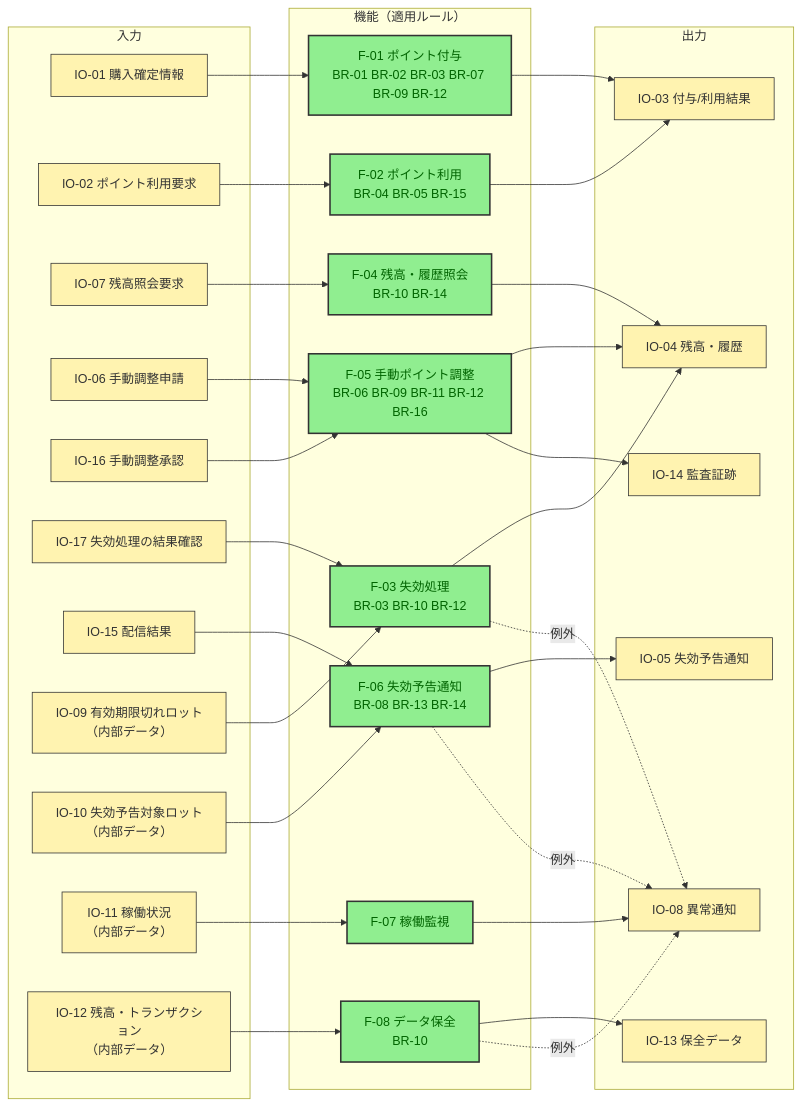
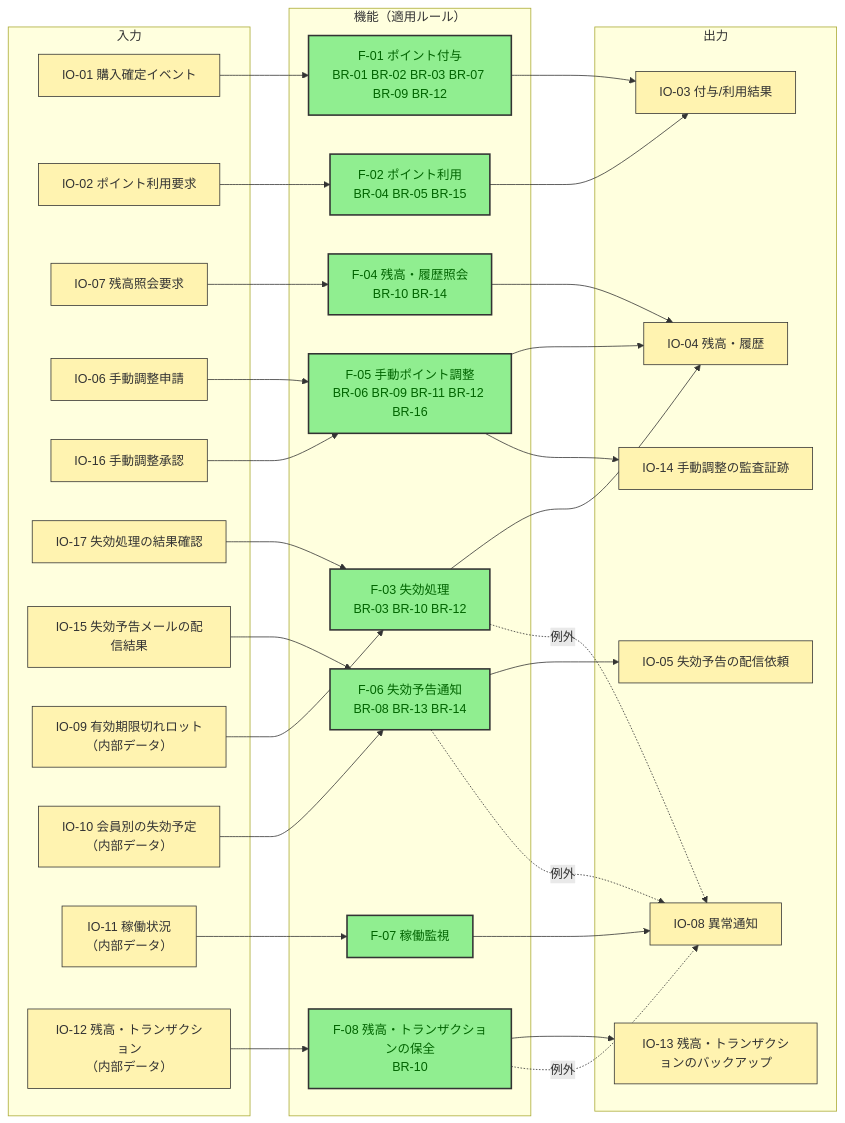
One commit to kasiopeiya/claude-dev-template changed the eighth of 13 diagrams in samples/docs/requirements.md. Above: the diagram before and after it, drawn with Mermaid. The commit also changed other lines of this file, not shown here.

````diff
--- a/samples/docs/requirements.md
+++ b/samples/docs/requirements.md
@@ -877,58 +877,58 @@
 ```mermaid
 flowchart LR
     subgraph IN["入力"]
-        io1["IO-01 購入確定情報"]
+        io1["IO-01 購入確定イベント"]
         io2["IO-02 ポイント利用要求"]
         io7["IO-07 残高照会要求"]
         io6["IO-06 手動調整申請"]
         io16["IO-16 手動調整承認"]
         io17["IO-17 失効処理の結果確認"]
-        io15["IO-15 配信結果"]
+        io15["IO-15 失効予告メールの配信結果"]
         d1["IO-09 有効期限切れロット<br/>（内部データ）"]
-        d2["IO-10 失効予告対象ロット<br/>（内部データ）"]
+        d2["IO-10 会員別の失効予定<br/>（内部データ）"]
         d3["IO-11 稼働状況<br/>（内部データ）"]
         d4["IO-12 残高・トランザクション<br/>（内部データ）"]
     end
 
     subgraph FUNC["機能（適用ルール）"]
         f1["F-01 ポイント付与<br/>BR-01 BR-02 BR-03 BR-07 BR-09 BR-12"]
         f2["F-02 ポイント利用<br/>BR-04 BR-05 BR-15"]
         f4["F-04 残高・履歴照会<br/>BR-10 BR-14"]
         f5["F-05 手動ポイント調整<br/>BR-06 BR-09 BR-11 BR-12 BR-16"]
         f3["F-03 失効処理<br/>BR-03 BR-10 BR-12"]
         f6["F-06 失効予告通知<br/>BR-08 BR-13 BR-14"]
         f7["F-07 稼働監視"]
-        f8["F-08 データ保全<br/>BR-10"]
+        f8["F-08 残高・トランザクションの保全<br/>BR-10"]
     end
 
     subgraph OUT["出力"]
         io3["IO-03 付与/利用結果"]
         io4["IO-04 残高・履歴"]
-        io5["IO-05 失効予告通知"]
+        io5["IO-05 失効予告の配信依頼"]
         io8["IO-08 異常通知"]
-        io13["IO-13 保全データ"]
-        io14["IO-14 監査証跡"]
+        io13["IO-13 残高・トランザクションのバックアップ"]
+        io14["IO-14 手動調整の監査証跡"]
     end
 
     io1 --> f1 --> io3
     io2 --> f2 --> io3
     io7 --> f4 --> io4
     io6 --> f5 --> io4
     io16 --> f5
     io17 --> f3
     f5 --> io14
     d1 --> f3 --> io4
     d2 --> f6 --> io5
     io15 --> f6
     d3 --> f7 --> io8
     d4 --> f8 --> io13
 
     f3 -.->|例外| io8
     f6 -.->|例外| io8
     f8 -.->|例外| io8
 
     classDef io fill:#FFF3B0,stroke:#333,stroke-width:1px,color:#333
     classDef func fill:#90EE90,stroke:#333,stroke-width:2px,color:darkgreen
     class io1,io2,io6,io7,io15,io16,io17,d1,d2,d3,d4,io3,io4,io5,io8,io13,io14 io
     class f1,f2,f3,f4,f5,f6,f7,f8 func
 ```
````
